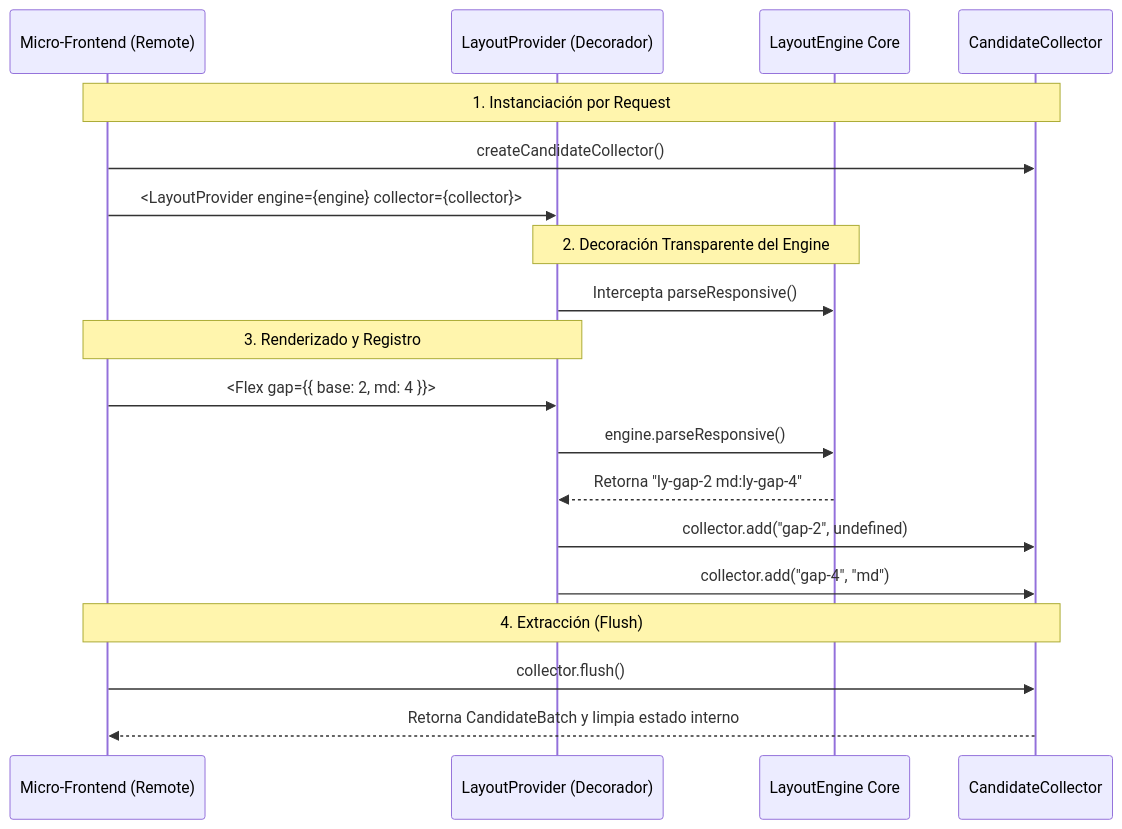
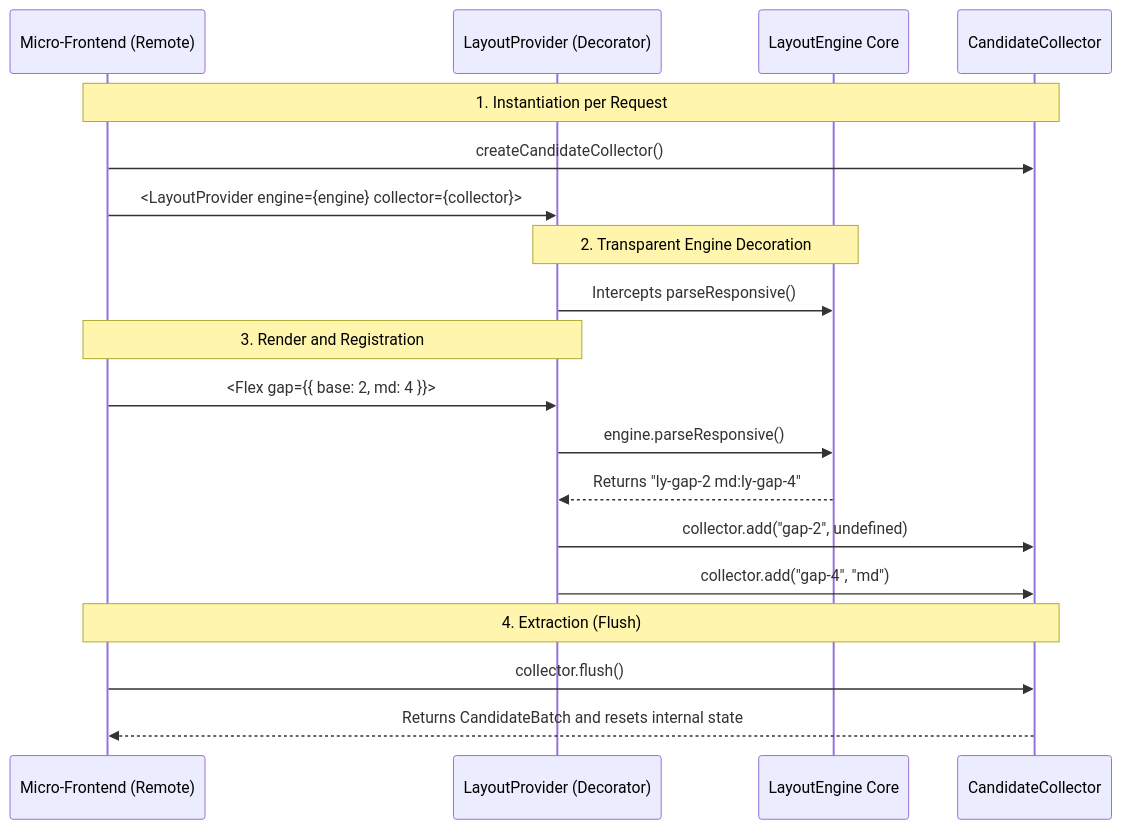
One commit to cgutieco/ly-sys changed the diagram in packages/layout-protocol/README.md. Above: the diagram before and after it, drawn with Mermaid. The commit also changed other lines of this file and 20 other files, not shown here.

````diff
--- a/packages/layout-protocol/README.md
+++ b/packages/layout-protocol/README.md
@@ -49,25 +33,25 @@
 ```mermaid
 sequenceDiagram
     participant MFE as Micro-Frontend (Remote)
-    participant Provider as LayoutProvider (Decorador)
+    participant Provider as LayoutProvider (Decorator)
     participant Engine as LayoutEngine Core
     participant Collector as CandidateCollector
 
-    Note over MFE,Collector: 1. Instanciación por Request
+    Note over MFE,Collector: 1. Instantiation per Request
     MFE->>Collector: createCandidateCollector()
     MFE->>Provider: <LayoutProvider engine={engine} collector={collector}>
     
-    Note over Provider,Engine: 2. Decoración Transparente del Engine
-    Provider->>Engine: Intercepta parseResponsive()
+    Note over Provider,Engine: 2. Transparent Engine Decoration
+    Provider->>Engine: Intercepts parseResponsive()
 
-    Note over MFE,Provider: 3. Renderizado y Registro
+    Note over MFE,Provider: 3. Render and Registration
     MFE->>Provider: <Flex gap={{ base: 2, md: 4 }}>
     Provider->>Engine: engine.parseResponsive()
-    Engine-->>Provider: Retorna "ly-gap-2 md:ly-gap-4"
+    Engine-->>Provider: Returns "ly-gap-2 md:ly-gap-4"
     Provider->>Collector: collector.add("gap-2", undefined)
     Provider->>Collector: collector.add("gap-4", "md")
     
-    Note over MFE,Collector: 4. Extracción (Flush)
+    Note over MFE,Collector: 4. Extraction (Flush)
     MFE->>Collector: collector.flush()
-    Collector-->>MFE: Retorna CandidateBatch y limpia estado interno
+    Collector-->>MFE: Returns CandidateBatch and resets internal state
 ```
````
